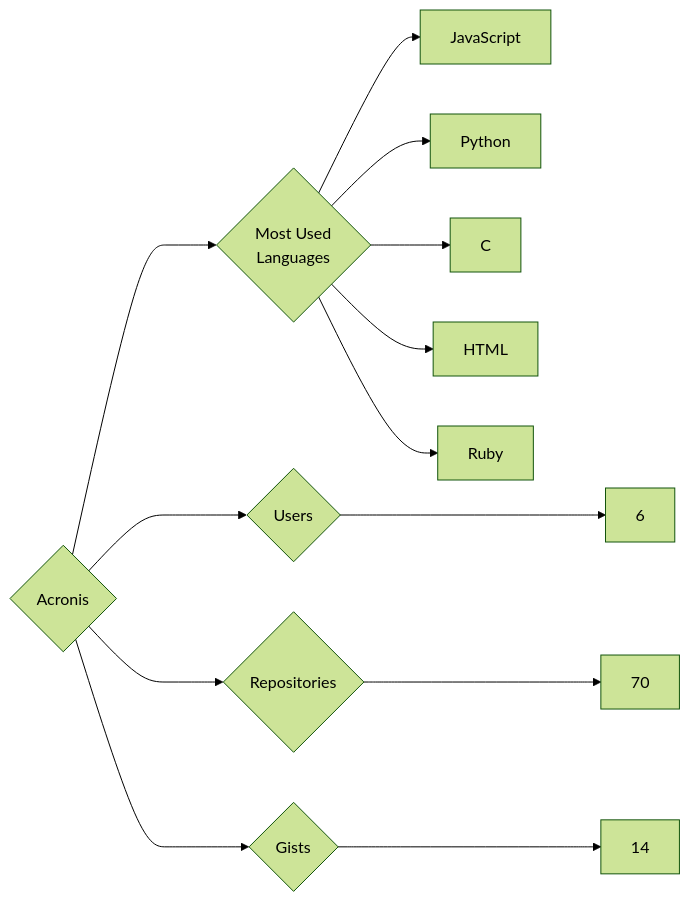
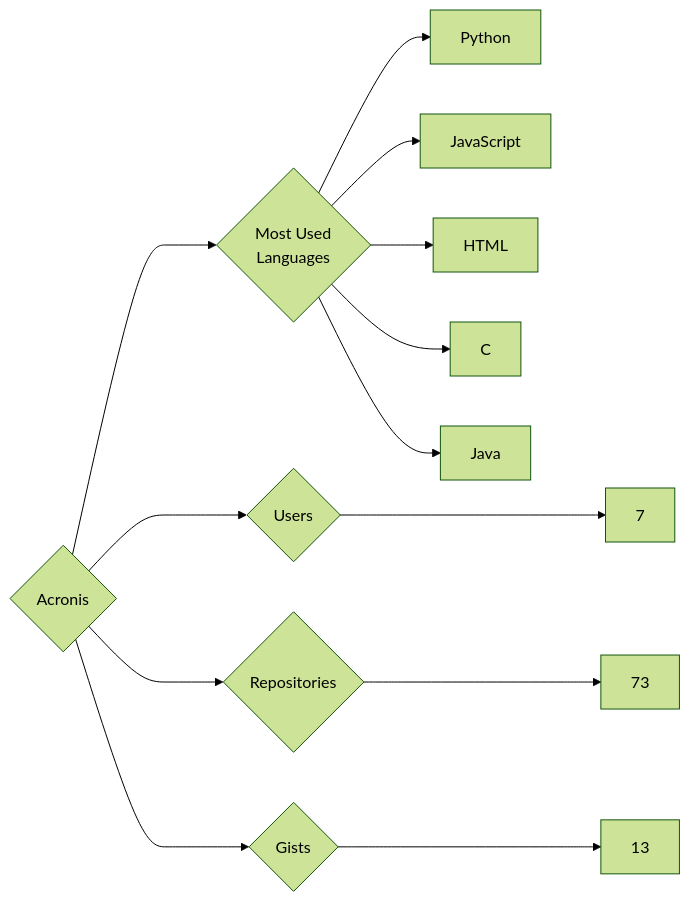
One commit to trickest/insiders changed the diagram in targets/Acronis/README.md. Above: the diagram before and after it, drawn with Mermaid (forest theme). The commit also changed 1007 other files, not shown here.

````diff
--- a/targets/Acronis/README.md
+++ b/targets/Acronis/README.md
@@ -3,13 +3,13 @@
 ```mermaid
 graph LR
 COMPANY_NAME{Acronis}
-COMPANY_NAME ---> U{Users} ---> UN[6]
-COMPANY_NAME ---> R{Repositories} ---> RN[70]
-COMPANY_NAME ---> G{Gists} ---> GN[14]
+COMPANY_NAME ---> U{Users} ---> UN[7]
+COMPANY_NAME ---> R{Repositories} ---> RN[73]
+COMPANY_NAME ---> G{Gists} ---> GN[13]
 COMPANY_NAME ---> ML{Most Used<br>Languages}
+ML --> Python[Python]
 ML --> JavaScript[JavaScript]
-ML --> Python[Python]
+ML --> HTML[HTML]
 ML --> C[C]
-ML --> HTML[HTML]
-ML --> Ruby[Ruby]
+ML --> Java[Java]
 ```
````
